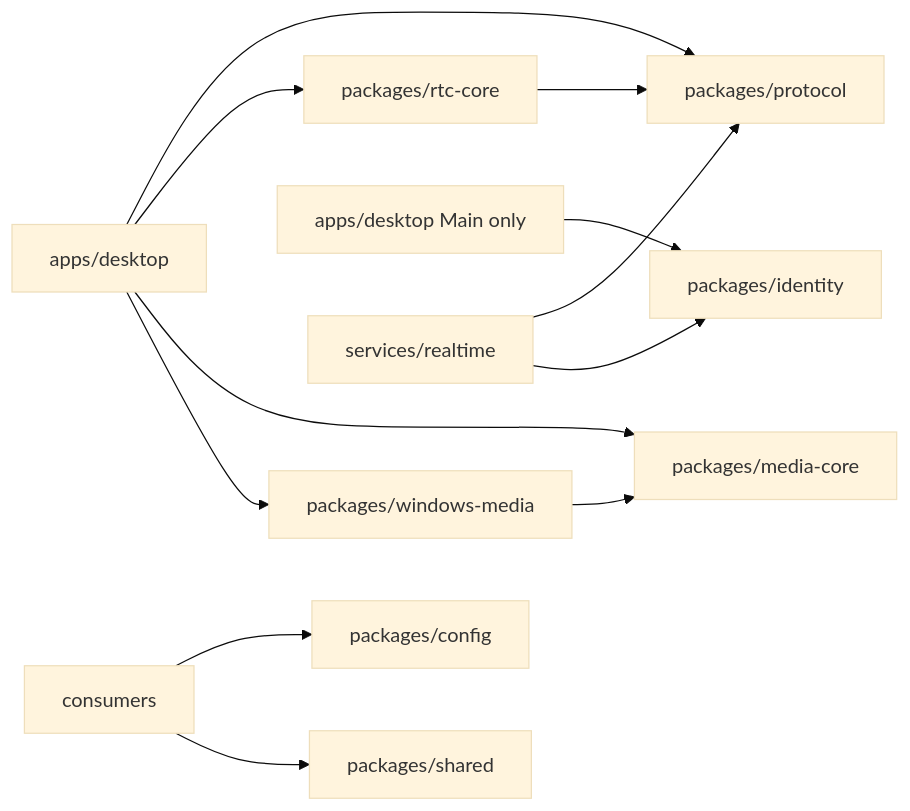
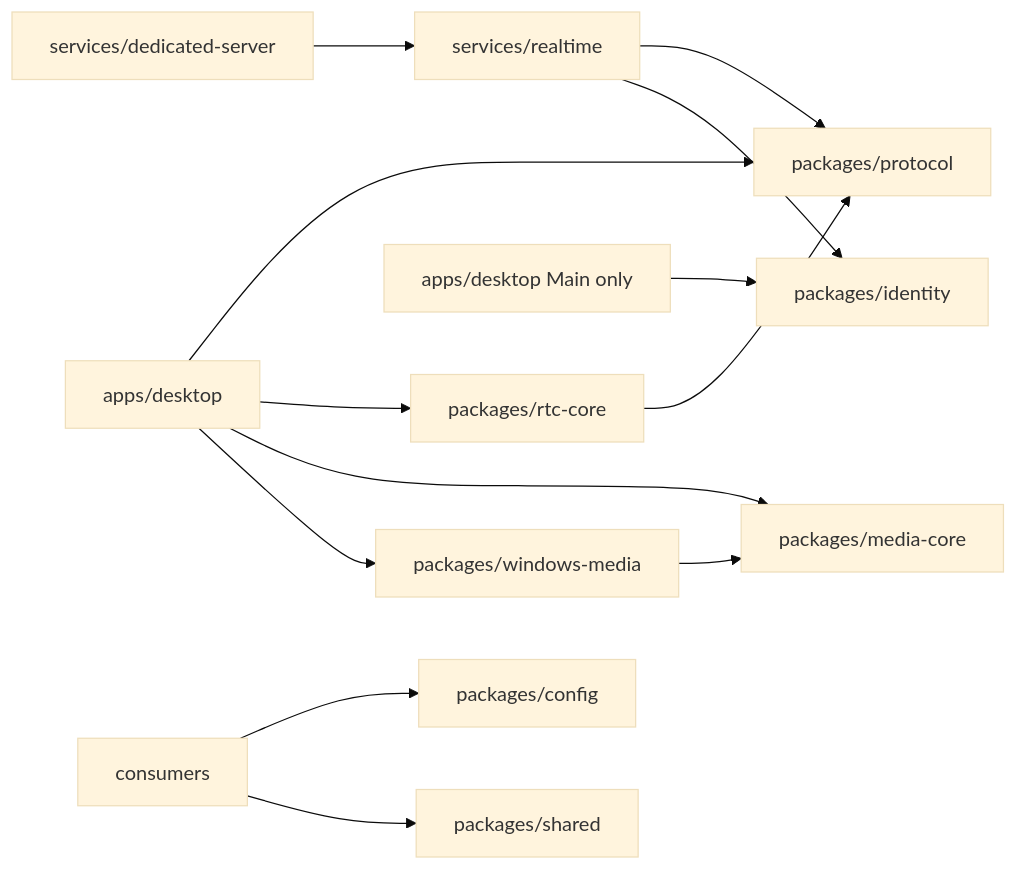
One commit to RodCas11/OvniChat changed the third of 3 diagrams in docs/ARCHITECTURE.md. Above: the diagram before and after it, drawn with Mermaid (base theme). The commit also changed other lines of this file and 140 other files, not shown here.

````diff
--- a/docs/ARCHITECTURE.md
+++ b/docs/ARCHITECTURE.md
@@ -104,14 +117,15 @@
 ```mermaid
 flowchart LR
   Desktop[apps/desktop] --> Protocol[packages/protocol]
   Desktop --> RTC[packages/rtc-core]
   Desktop --> Media[packages/media-core]
   Desktop --> Win[packages/windows-media]
   DesktopMain[apps/desktop Main only] --> Identity[packages/identity]
-  Realtime[services/realtime] --> Protocol
+  DedicatedServer[services/dedicated-server] --> Realtime[services/realtime]
+  Realtime --> Protocol
   Realtime --> Identity
   RTC --> Protocol
   Win --> Media
   All[consumers] --> Config[packages/config]
   All --> Shared[packages/shared]
 ```
````
